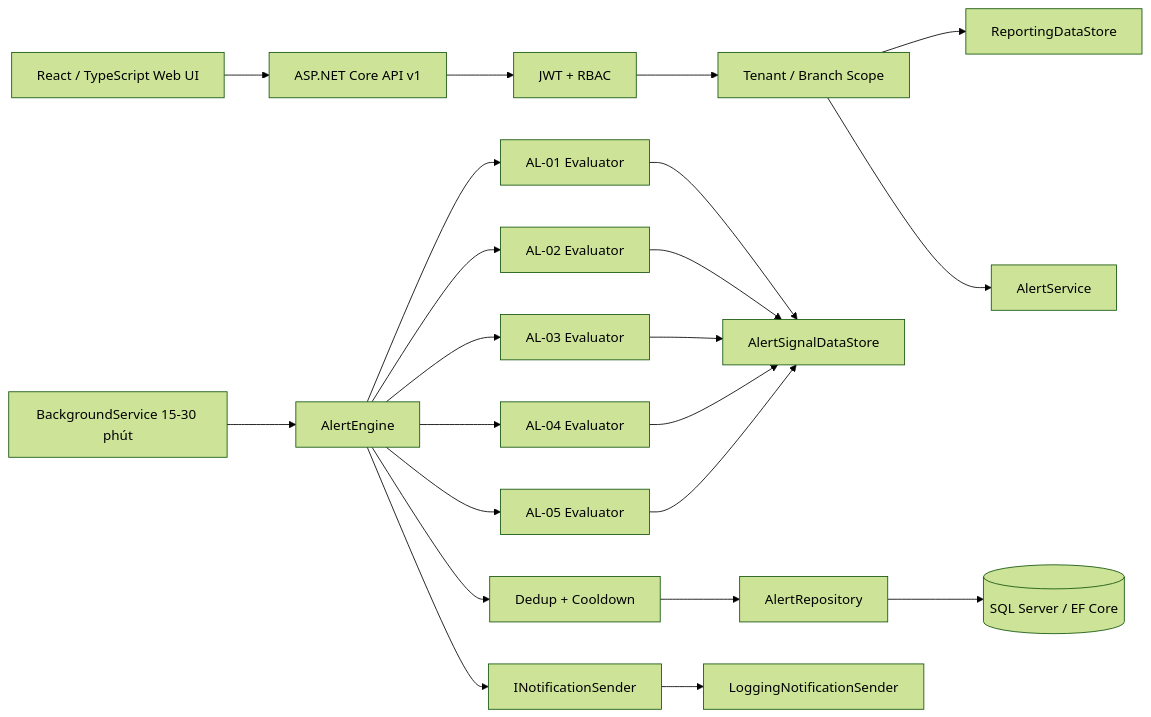
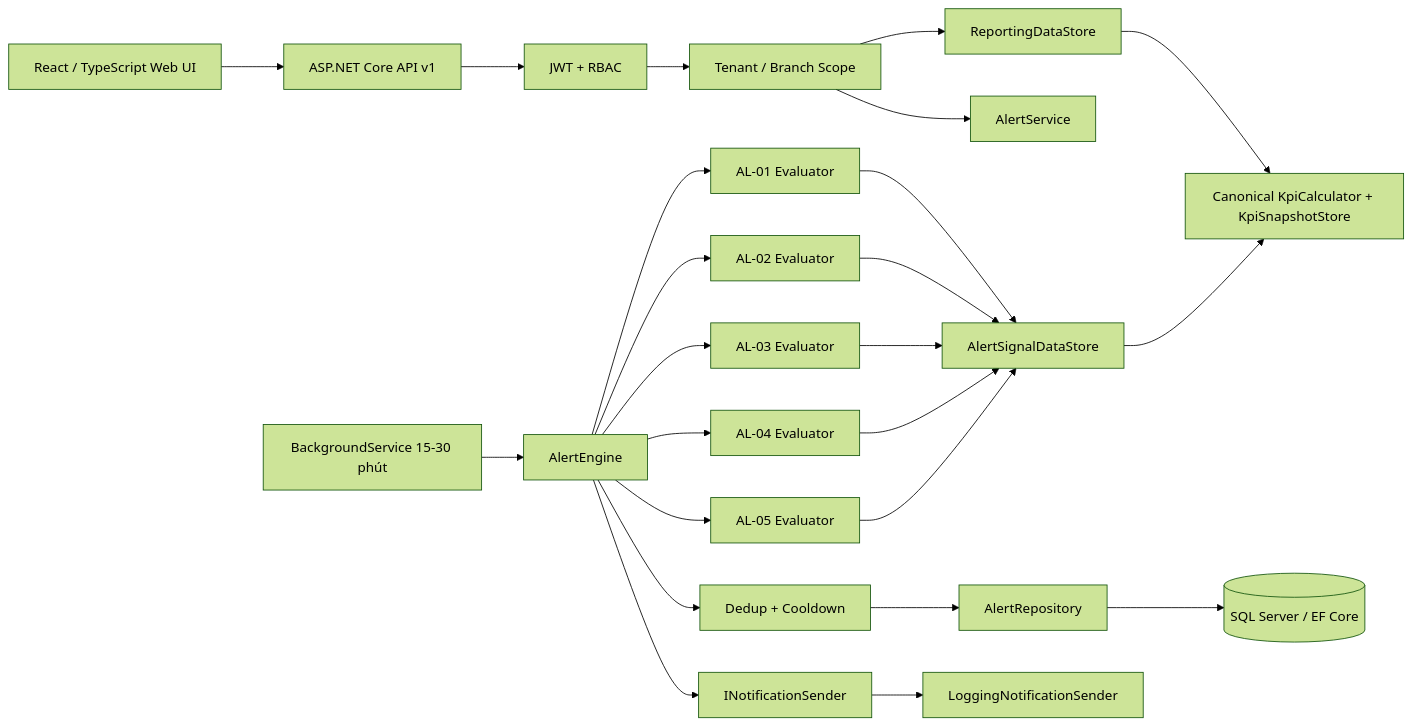
Before and after one commit to PhanPhong13112005/hosco-executive-ai-dashboard: the diagram in docs/gd3/ARCHITECTURE.md, drawn with Mermaid (forest theme). The commit also changed other lines of this file and 20 other files, not shown here.

````diff
--- a/docs/gd3/ARCHITECTURE.md
+++ b/docs/gd3/ARCHITECTURE.md
@@ -7,20 +7,22 @@
 ```mermaid
 flowchart LR
     Web[React / TypeScript Web UI] --> API[ASP.NET Core API v1]
     API --> Auth[JWT + RBAC]
     Auth --> Scope[Tenant / Branch Scope]
     Scope --> Reporting[ReportingDataStore]
+    Reporting --> KPI[Canonical KpiCalculator + KpiSnapshotStore]
     Scope --> AlertService[AlertService]
     Scheduler[BackgroundService 15-30 phút] --> Engine[AlertEngine]
     Engine --> E1[AL-01 Evaluator]
     Engine --> E2[AL-02 Evaluator]
     Engine --> E3[AL-03 Evaluator]
     Engine --> E4[AL-04 Evaluator]
     Engine --> E5[AL-05 Evaluator]
     E1 & E2 & E3 & E4 & E5 --> Signals[AlertSignalDataStore]
+    Signals --> KPI
     Engine --> Dedup[Dedup + Cooldown]
     Dedup --> Repo[AlertRepository]
     Repo --> DB[(SQL Server / EF Core)]
     Engine --> Notify[INotificationSender]
     Notify --> Log[LoggingNotificationSender]
 ```
````
